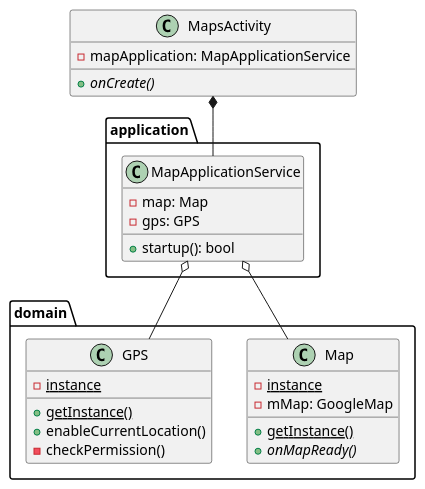
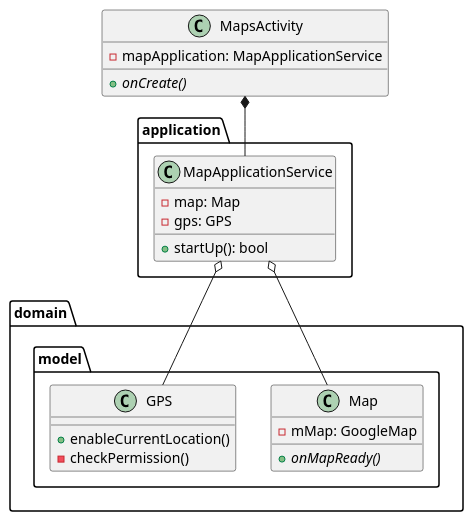
One commit to chamberskaz0301/Walky_BackUp changed the diagram in docs/dev/Feature/F02/001/class-diagram.pu. Above: the diagram before and after it, drawn with PlantUML. The commit also changed 3 other files, not shown here.

```diff
--- a/docs/dev/Feature/F02/001/class-diagram.pu
+++ b/docs/dev/Feature/F02/001/class-diagram.pu
@@ -1,36 +1,34 @@
 @startuml
 
 class MapsActivity {
   - mapApplication: MapApplicationService
   + {abstract} onCreate()
 }
 
 package application {
   class MapApplicationService {
     - map: Map
     - gps: GPS
-    + startup(): bool
+    + startUp(): bool
   }
 }
 
 package domain {
-  class Map {
-    - {static} instance
-    - mMap: GoogleMap
-    + {static} getInstance()
-    + {abstract} onMapReady()
-  }
+    package model {
+      class Map {
+        - mMap: GoogleMap
+        + {abstract} onMapReady()
+      }
 
-  class GPS {
-    - {static} instance
-    + {static} getInstance()
-    + enableCurrentLocation()
-    - checkPermission()
+      class GPS {
+        + enableCurrentLocation()
+        - checkPermission()
+      }
   }
 }
 
 MapsActivity *-- MapApplicationService
 MapApplicationService o-- Map
 MapApplicationService o-- GPS
 
 @enduml
```
